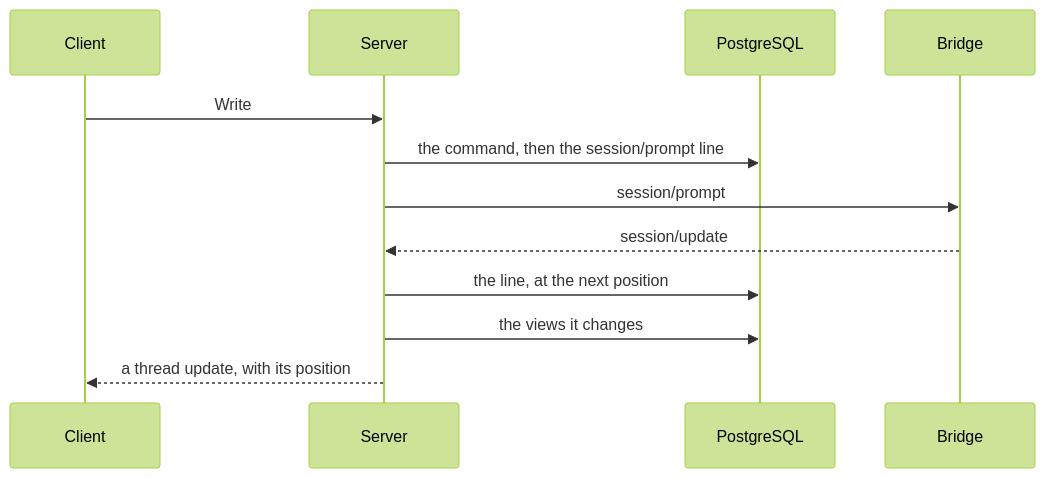
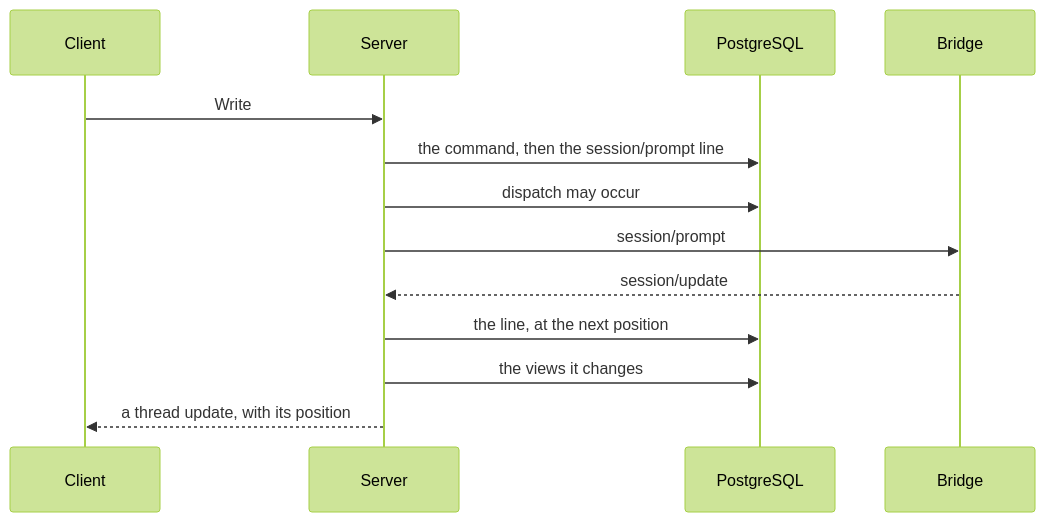
The diagram in docs/architecture/log.md (arnaultbretagne/agora), drawn with Mermaid (forest theme) before and after one commit. The commit also changed other lines of this file and 5 other files, not shown here.

````diff
--- a/docs/architecture/log.md
+++ b/docs/architecture/log.md
@@ -39,14 +40,15 @@
 ```mermaid
 sequenceDiagram
     participant Client
     participant Server
     participant DB as PostgreSQL
     participant Bridge
     Client->>Server: Write
     Server->>DB: the command, then the session/prompt line
+    Server->>DB: dispatch may occur
     Server->>Bridge: session/prompt
     Bridge-->>Server: session/update
     Server->>DB: the line, at the next position
     Server->>DB: the views it changes
     Server-->>Client: a thread update, with its position
 ```
````
